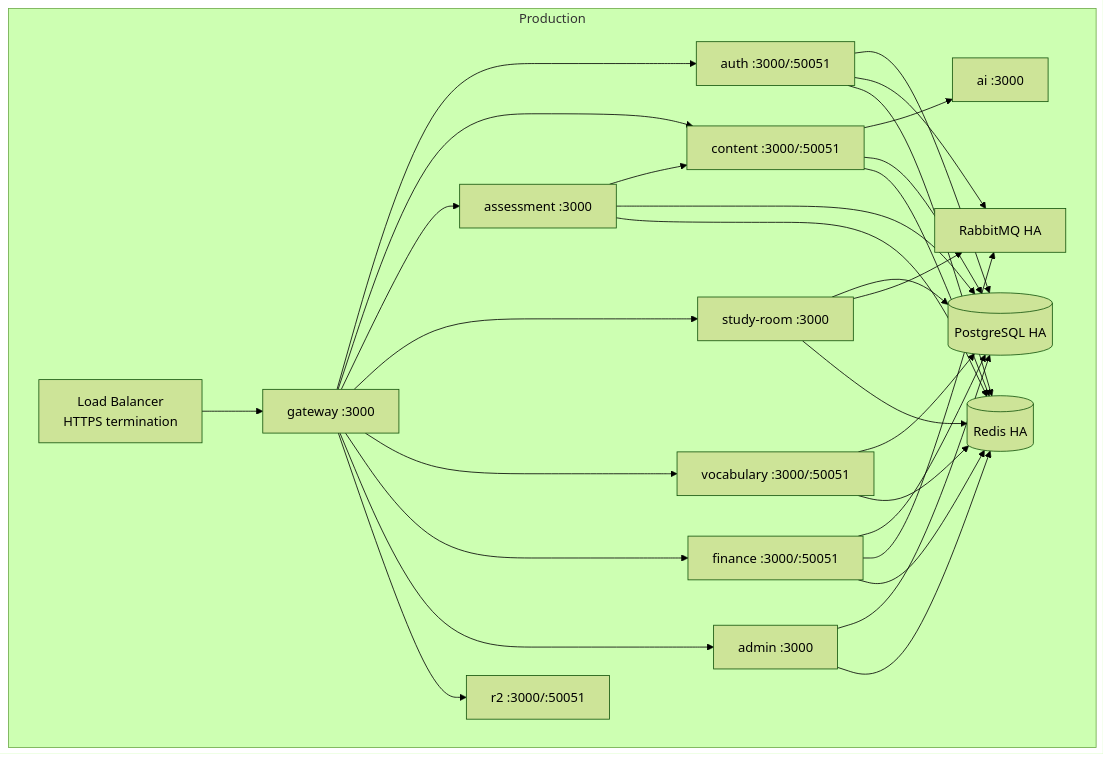
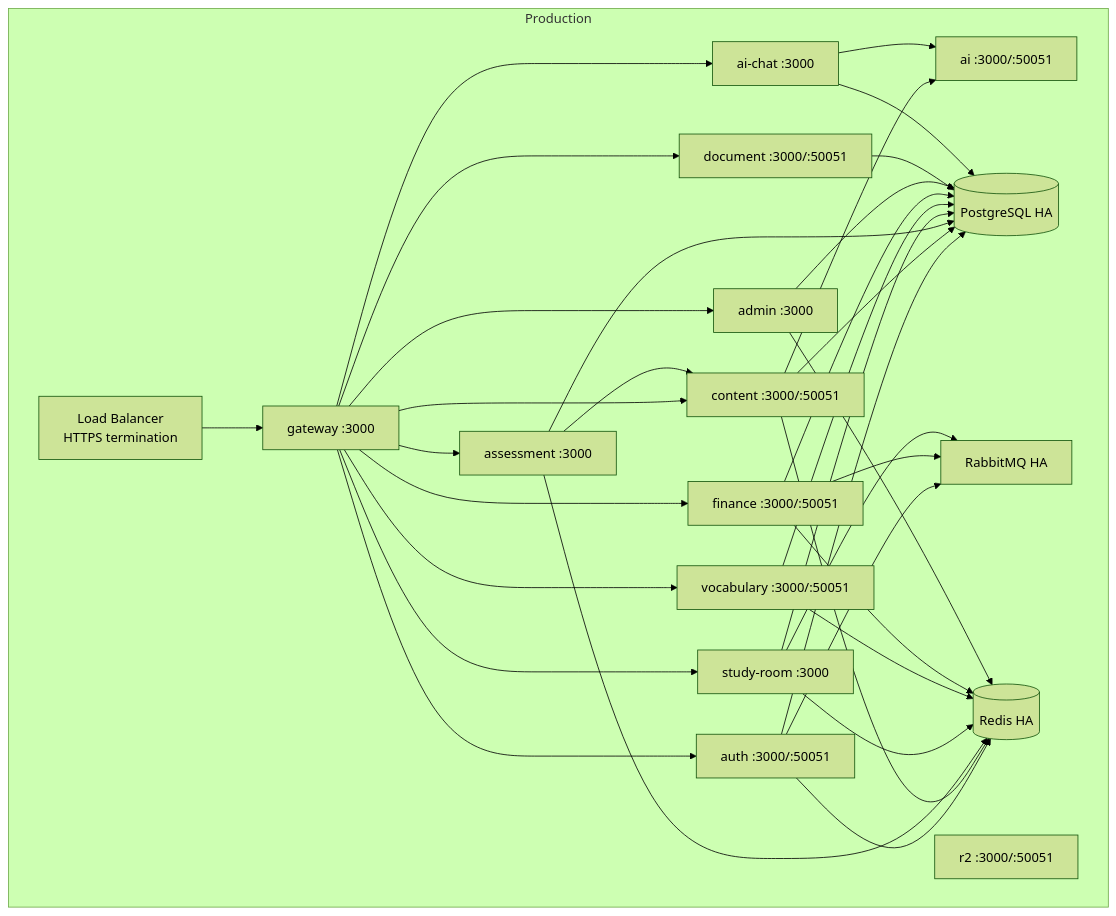
One commit to tgiap04/examio changed the eighth of 9 diagrams in docs/system/architecture.md. Above: the diagram before and after it, drawn with Mermaid (forest theme). The commit also changed other lines of this file and 26 other files, not shown here.

First line of the commit message:
docs: sync architecture, system and generated docs with the microservice build

````diff
--- a/docs/system/architecture.md
+++ b/docs/system/architecture.md
@@ -518,47 +521,53 @@
 ```mermaid
 graph TB
     subgraph Production
         LB[Load Balancer<br/>HTTPS termination]
         GW[gateway :3000]
         AUTH[auth :3000/:50051]
         CONTENT[content :3000/:50051]
         ASSESS[assessment :3000]
         STUDY[study-room :3000]
         VOCAB[vocabulary :3000/:50051]
         FIN[finance :3000/:50051]
         ADMIN[admin :3000]
         R2[r2 :3000/:50051]
-        AI[ai :3000]
+        DOC[document :3000/:50051]
+        AICHAT[ai-chat :3000]
+        AI[ai :3000/:50051]
         PG[(PostgreSQL HA)]
         REDIS[(Redis HA)]
         RMQ[RabbitMQ HA]
     end
     LB --> GW
     GW --> AUTH
     GW --> CONTENT
     GW --> ASSESS
     GW --> STUDY
     GW --> VOCAB
     GW --> FIN
     GW --> ADMIN
-    GW --> R2
+    GW --> DOC
+    GW --> AICHAT
     CONTENT --> AI
+    AICHAT --> AI
     ASSESS --> CONTENT
     AUTH --> PG
     CONTENT --> PG
     ASSESS --> PG
     STUDY --> PG
     VOCAB --> PG
     FIN --> PG
     ADMIN --> PG
+    DOC --> PG
+    AICHAT --> PG
     AUTH --> RMQ
     FIN --> RMQ
     STUDY --> RMQ
     AUTH --> REDIS
     CONTENT --> REDIS
     ASSESS --> REDIS
     STUDY --> REDIS
     VOCAB --> REDIS
     FIN --> REDIS
     ADMIN --> REDIS
 ```
````
